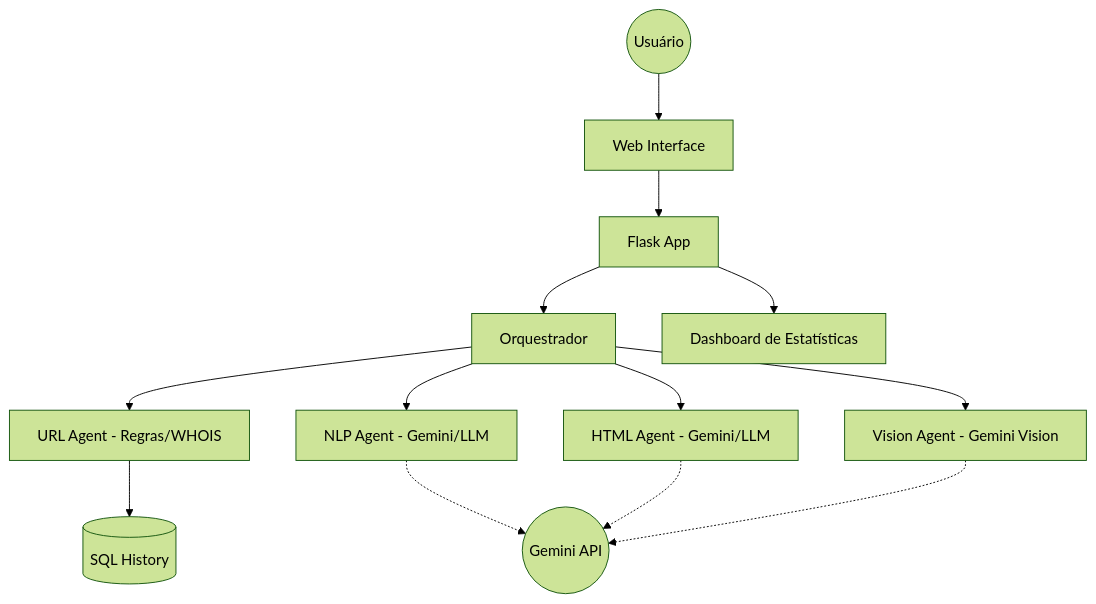
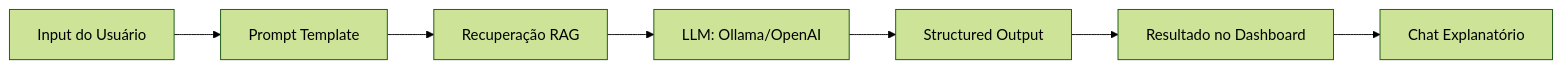
Before and after one commit to Janiel-Gomes/IA-Phishing: the diagram in README.md, drawn with Mermaid (forest theme). The commit also changed other lines of this file and 20 other files, not shown here.

````diff
--- a/README.md
+++ b/README.md
@@ -83,15 +25,9 @@
 ```mermaid
-graph TD
-    User((Usuário)) --> WebUI[Web Interface]
-    WebUI --> App[Flask App]
-    App --> Orch[Orquestrador]
-    Orch --> URL[URL Agent - Regras/WHOIS]
-    Orch --> Text[NLP Agent - Gemini/LLM]
-    Orch --> HTML[HTML Agent - Gemini/LLM]
-    Orch --> Vision[Vision Agent - Gemini Vision]
-    Text -.-> LLM((Gemini API))
-    HTML -.-> LLM
-    Vision -.-> LLM
-    URL --> History[(SQL History)]
-    App --> Stats[Dashboard de Estatísticas]
+graph LR
+    Input[Input do Usuário] --> Prompt[Prompt Template]
+    Prompt --> RAG[Recuperação RAG]
+    RAG --> Model[LLM: Ollama/OpenAI]
+    Model --> Pydantic[Structured Output]
+    Pydantic --> Result[Resultado no Dashboard]
+    Result --> Chat[Chat Explanatório]
 ```
````
